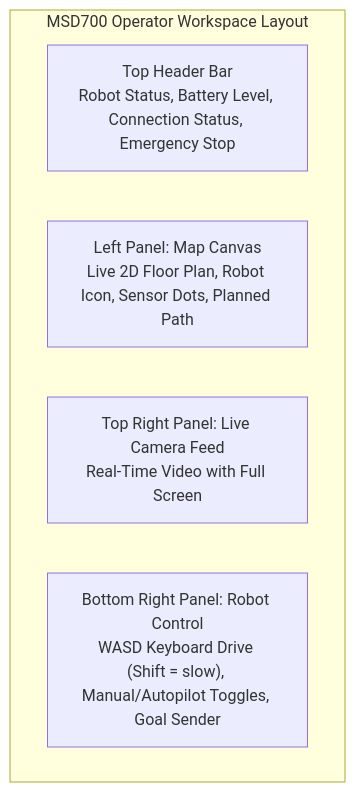
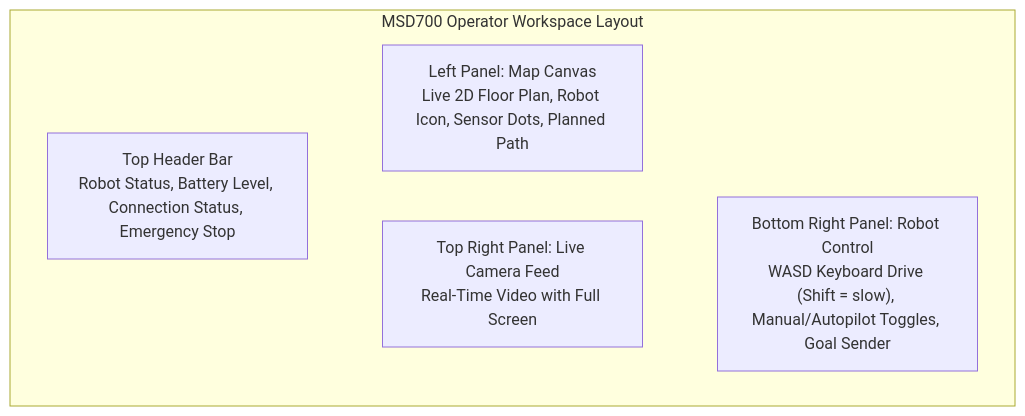
The second of 4 diagrams in docs/id/user-guide/quick-start.md (itbdelaboprogramming/msd700_documentation), drawn with Mermaid before and after one commit. The commit also changed other lines of this file and 340 other files, not shown here.

````diff
--- a/docs/id/user-guide/quick-start.md
+++ b/docs/id/user-guide/quick-start.md
@@ -54,9 +54,12 @@
 ```mermaid
-flowchart TD
+flowchart TB
   subgraph Workspace["MSD700 Operator Workspace Layout"]
     TOP["Top Header Bar<br/>Robot Status, Battery Level, Connection Status, Emergency Stop"]
     LEFT["Left Panel: Map Canvas<br/>Live 2D Floor Plan, Robot Icon, Sensor Dots, Planned Path"]
     RIGHT_TOP["Top Right Panel: Live Camera Feed<br/>Real-Time Video with Full Screen"]
     RIGHT_BOT["Bottom Right Panel: Robot Control<br/>WASD Keyboard Drive (Shift = slow), Manual/Autopilot Toggles, Goal Sender"]
   end
+
+  TOP ~~~ LEFT
+  TOP ~~~ RIGHT_TOP ~~~ RIGHT_BOT
 ```
````
